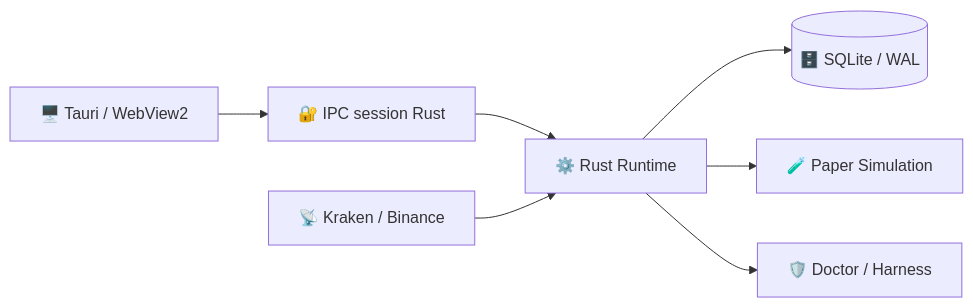
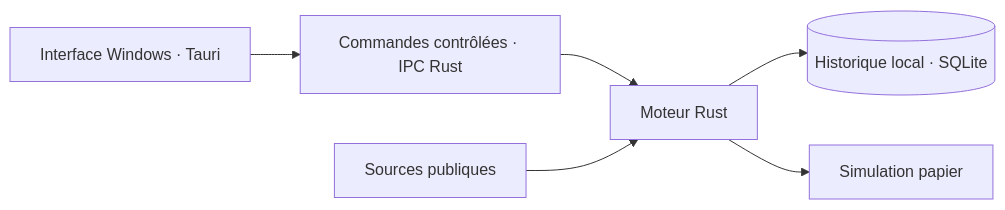
Before and after one commit to suvorovpravda/Pravda-Bot: the diagram in README.md, drawn with Mermaid. The commit also changed other lines of this file, not shown here.

````diff
--- a/README.md
+++ b/README.md
@@ -132,15 +44,13 @@
-~~~mermaid
+```mermaid
 flowchart LR
-    UI["🖥️ Tauri / WebView2"]
-    IPC["🔐 IPC session Rust"]
-    CORE["⚙️ Rust Runtime"]
-    WSS["📡 Kraken / Binance"]
-    SQL[("🗄️ SQLite / WAL")]
-    PAPER["🧪 Paper Simulation"]
-    DIAG["🛡️ Doctor / Harness"]
+    UI["Interface Windows · Tauri"]
+    IPC["Commandes contrôlées · IPC Rust"]
+    CORE["Moteur Rust"]
+    DATA["Sources publiques"]
+    STORE[("Historique local · SQLite")]
+    SIM["Simulation papier"]
     UI --> IPC --> CORE
-    WSS --> CORE
-    CORE --> SQL
-    CORE --> PAPER
-    CORE --> DIAG
-~~~
+    DATA --> CORE
+    CORE --> STORE
+    CORE --> SIM
+```
````
